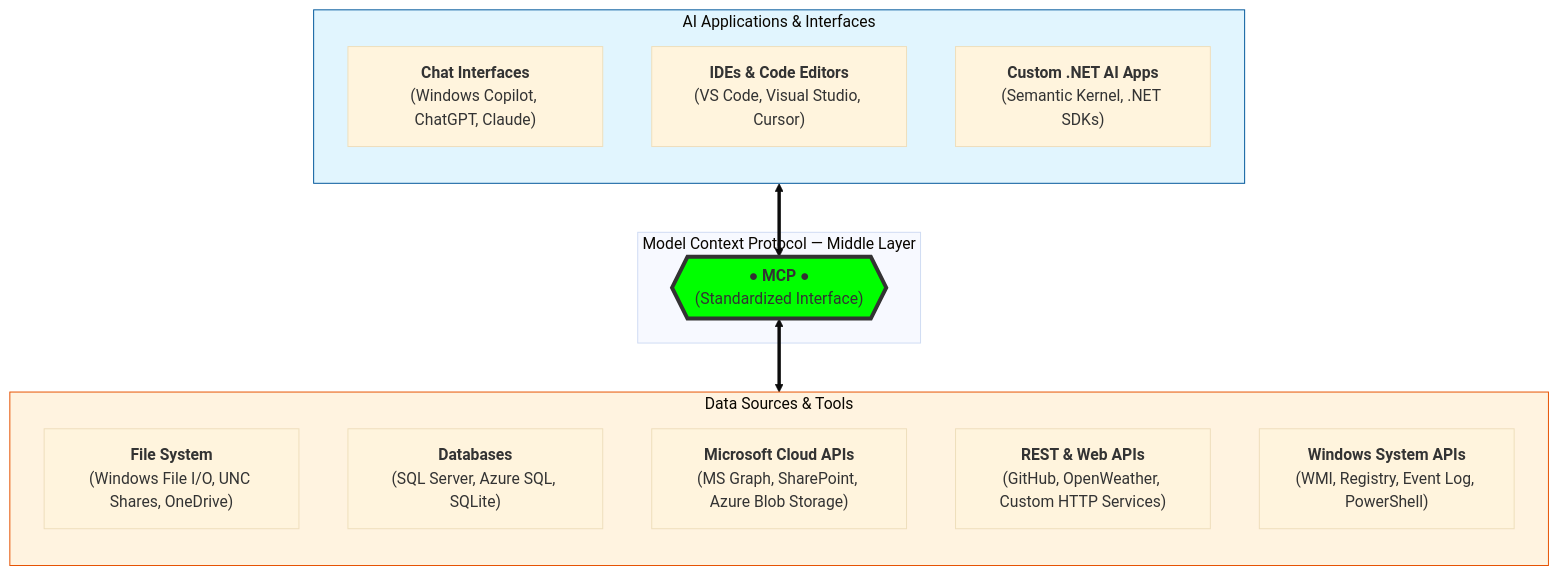
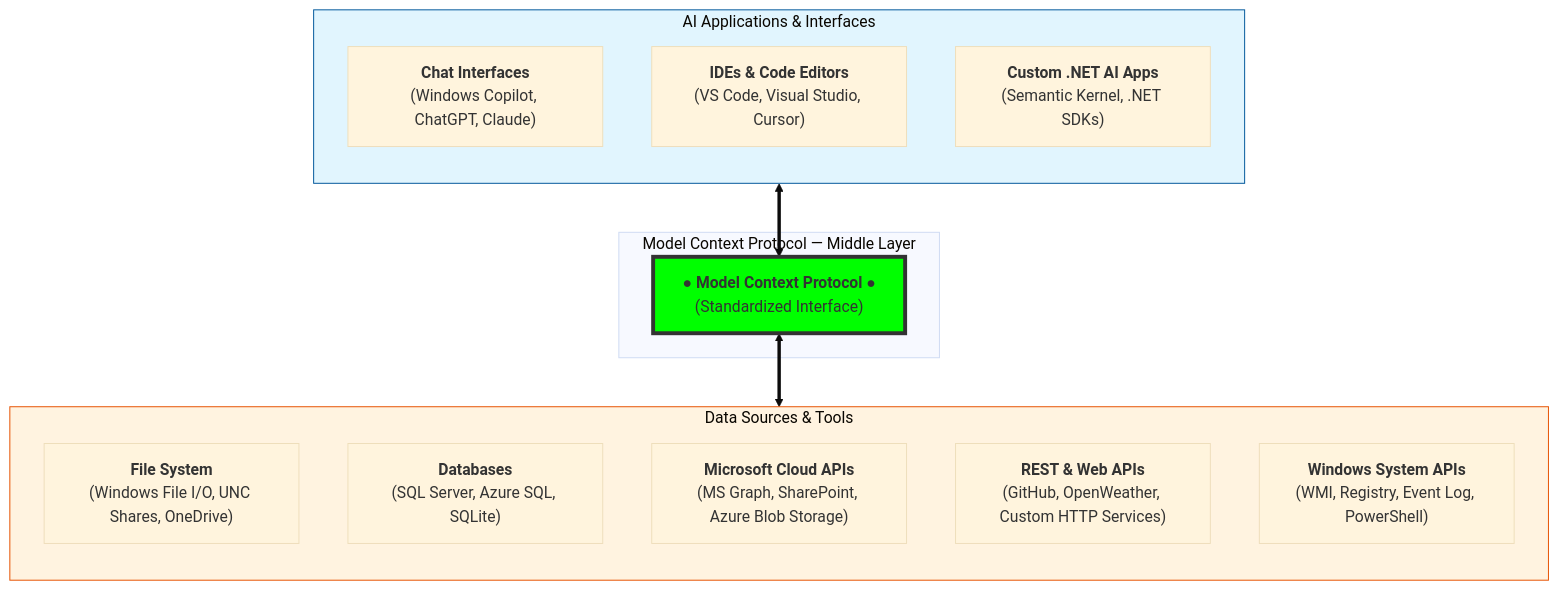
One commit to toreaurstadboss/toreaurstadboss.github.io changed the diagram in lectures/ProgrammaticMcpDemo.md. Above: the diagram before and after it, drawn with Mermaid.

Commit message:
Fix Mermaid parse error: replace hexagon node with rect node for MCP (HTML not supported in hexagon shape)

```diff
--- a/lectures/ProgrammaticMcpDemo.md
+++ b/lectures/ProgrammaticMcpDemo.md
@@ -25,30 +25,30 @@
 <div class="mermaid" markdown="0">
 %%{init: {'theme': 'base', 'themeVariables': {'fontSize': '16px'}}}%%
 graph TD
     subgraph AI_Applications ["AI Applications & Interfaces"]
         direction TB
         A1["<b>Chat Interfaces</b><br/>(Windows Copilot, ChatGPT, Claude)"]
         A2["<b>IDEs & Code Editors</b><br/>(VS Code, Visual Studio, Cursor)"]
         A3["<b>Custom .NET AI Apps</b><br/>(Semantic Kernel, .NET SDKs)"]
     end
 
     subgraph Protocol_Layer ["Model Context Protocol — Middle Layer"]
-        MCP{{"<b>● MCP ●</b><br/>(Standardized Interface)"}}
+        MCP["<b>● Model Context Protocol ●</b><br/>(Standardized Interface)"]
     end
 
     subgraph Data_Tools ["Data Sources & Tools"]
         direction TB
         D1["<b>File System</b><br/>(Windows File I/O, UNC Shares, OneDrive)"]
         D2["<b>Databases</b><br/>(SQL Server, Azure SQL, SQLite)"]
         D3["<b>Microsoft Cloud APIs</b><br/>(MS Graph, SharePoint, Azure Blob Storage)"]
         D4["<b>REST & Web APIs</b><br/>(GitHub, OpenWeather, Custom HTTP Services)"]
         D5["<b>Windows System APIs</b><br/>(WMI, Registry, Event Log, PowerShell)"]
     end
 
     AI_Applications <==> MCP
     MCP <==> Data_Tools
 
     style MCP fill:#00FF00,stroke:#333,stroke-width:4px
     style AI_Applications fill:#e1f5fe,stroke:#01579b
     style Data_Tools fill:#fff3e0,stroke:#e65100
 </div>
```
